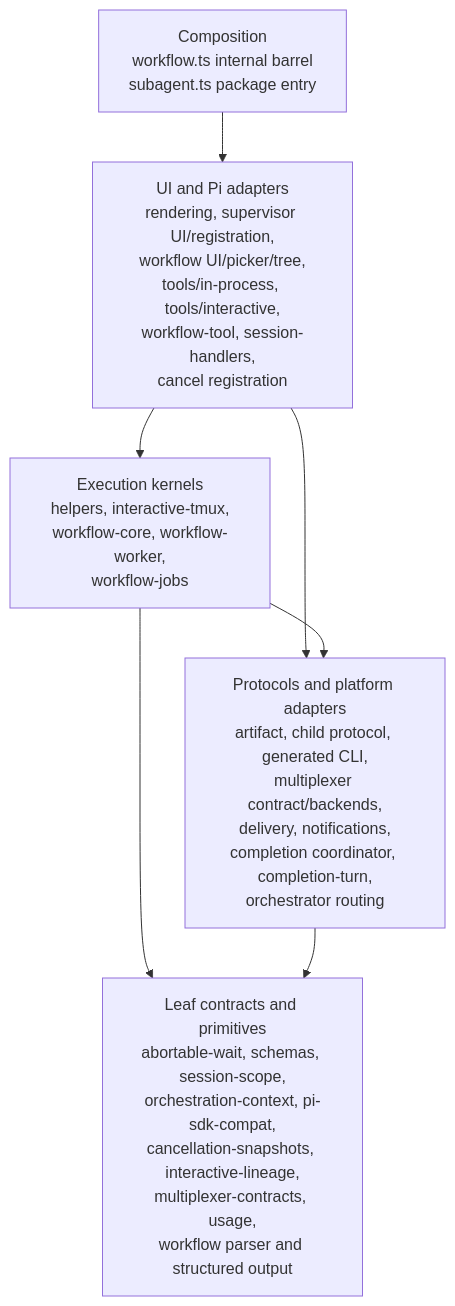
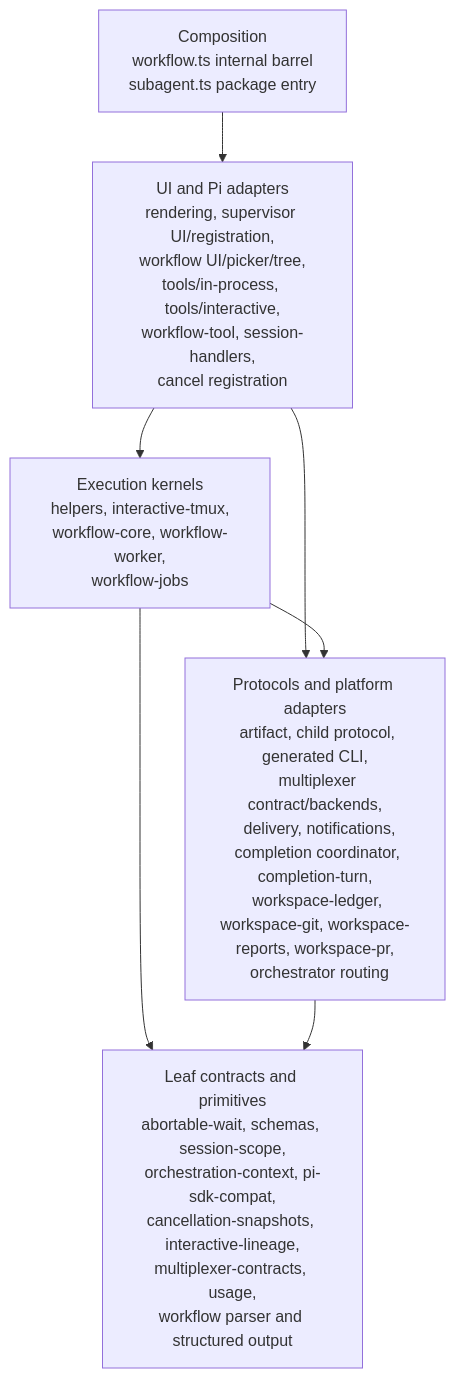
Before and after one commit to lmn451/pi-subagentura: the second of 8 diagrams in architecture.md, drawn with Mermaid. The commit also changed other lines of this file and 35 other files, not shown here.

````diff
--- a/architecture.md
+++ b/architecture.md
@@ -247,39 +279,40 @@
 ```mermaid
 flowchart TB
   L0[Leaf contracts and primitives
 abortable-wait, schemas, session-scope,
 orchestration-context, pi-sdk-compat,
 cancellation-snapshots, interactive-lineage,
 multiplexer-contracts, usage,
 workflow parser and structured output]
 
   L1[Protocols and platform adapters
-artifact, child protocol, generated CLI,
-multiplexer contract/backends,
-delivery, notifications,
-completion coordinator, completion-turn,
-orchestrator routing]
+  artifact, child protocol, generated CLI,
+  multiplexer contract/backends,
+  delivery, notifications,
+  completion coordinator, completion-turn,
+  workspace-ledger, workspace-git, workspace-reports, workspace-pr,
+  orchestrator routing]
 
   L2[Execution kernels
 helpers, interactive-tmux,
 workflow-core, workflow-worker,
 workflow-jobs]
 
   L3[UI and Pi adapters
 rendering, supervisor UI/registration,
 workflow UI/picker/tree,
 tools/in-process, tools/interactive,
 workflow-tool, session-handlers,
 cancel registration]
 
   L4[Composition
 workflow.ts internal barrel
 subagent.ts package entry]
 
   L4 --> L3
   L3 --> L2
   L3 --> L1
   L2 --> L1
   L2 --> L0
   L1 --> L0
 ```
````
